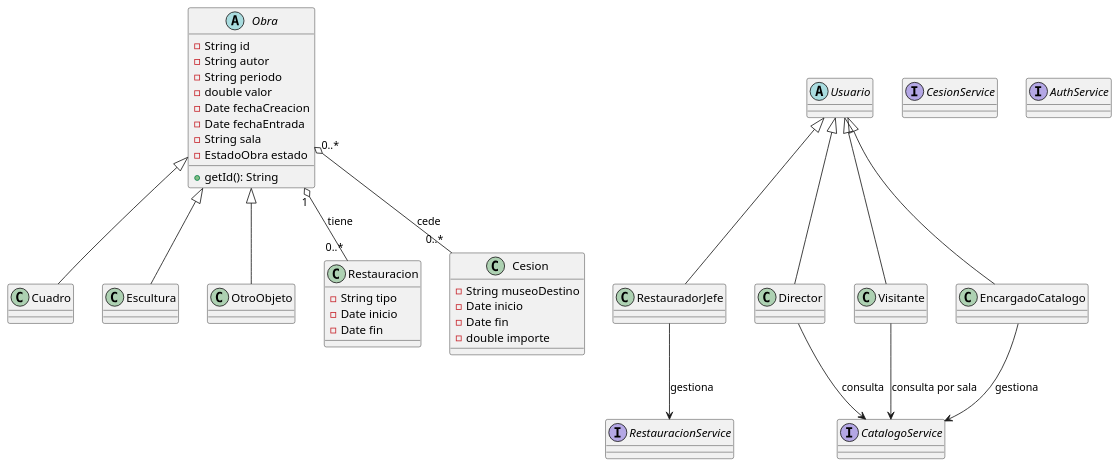
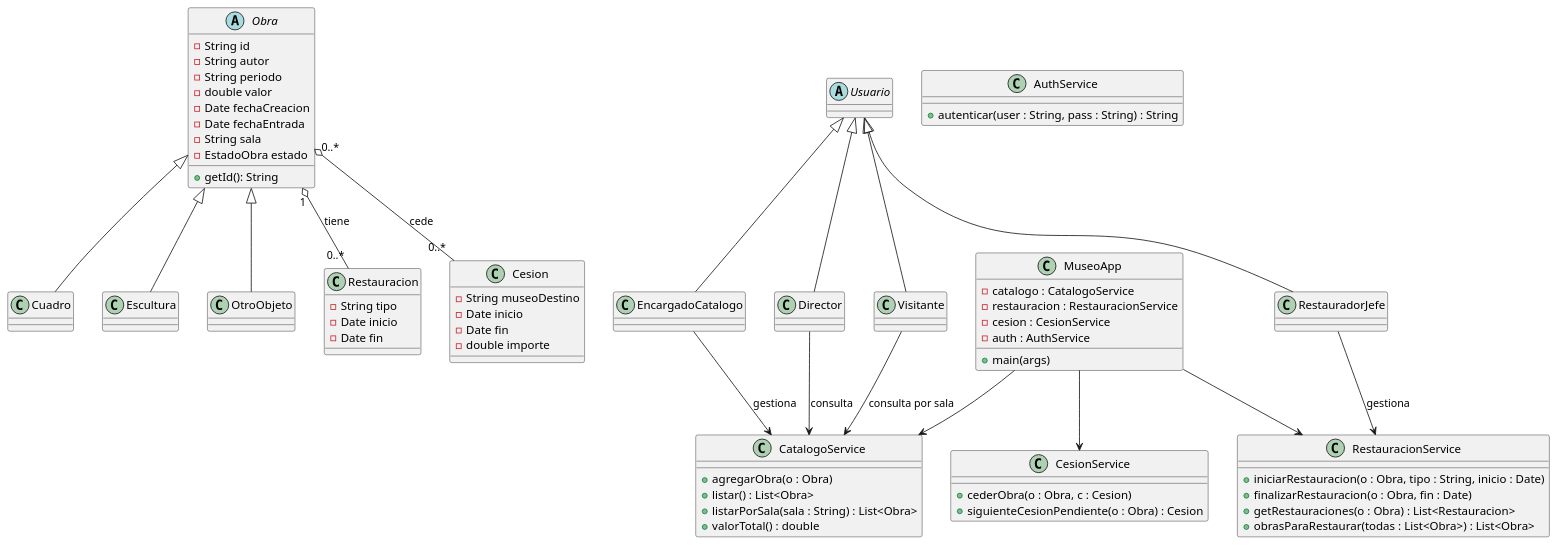
Before and after one commit to KisoKucode/Desarrollo_De_Clase: the diagram in develop_vo.2/proyecto/uml/museo.puml, drawn with PlantUML. The commit also changed 1 other file, not shown here.

Commit message:
docs(uml): update museum UML to reflect service methods and GUI (MuseoApp)

```diff
--- a/develop_vo.2/proyecto/uml/museo.puml
+++ b/develop_vo.2/proyecto/uml/museo.puml
@@ -1,56 +1,86 @@
 @startuml museo
 abstract class Obra {
   - String id
   - String autor
   - String periodo
   - double valor
   - Date fechaCreacion
   - Date fechaEntrada
   - String sala
   - EstadoObra estado
   + getId(): String
 }
 
 class Cuadro
 class Escultura
 class OtroObjeto
 Obra <|-- Cuadro
 Obra <|-- Escultura
 Obra <|-- OtroObjeto
 
 class Restauracion {
   - String tipo
   - Date inicio
   - Date fin
 }
 Obra "1" o-- "0..*" Restauracion : tiene
 
 class Cesion {
   - String museoDestino
   - Date inicio
   - Date fin
   - double importe
 }
 Obra "0..*" o-- "0..*" Cesion : cede
 
-interface CatalogoService
-interface RestauracionService
-interface CesionService
-interface AuthService
+class CatalogoService {
+  + agregarObra(o : Obra)
+  + listar() : List<Obra>
+  + listarPorSala(sala : String) : List<Obra>
+  + valorTotal() : double
+}
+
+class RestauracionService {
+  + iniciarRestauracion(o : Obra, tipo : String, inicio : Date)
+  + finalizarRestauracion(o : Obra, fin : Date)
+  + getRestauraciones(o : Obra) : List<Restauracion>
+  + obrasParaRestaurar(todas : List<Obra>) : List<Obra>
+}
+
+class CesionService {
+  + cederObra(o : Obra, c : Cesion)
+  + siguienteCesionPendiente(o : Obra) : Cesion
+}
+
+class AuthService {
+  + autenticar(user : String, pass : String) : String
+}
 
 abstract class Usuario
 class EncargadoCatalogo
 class RestauradorJefe
 class Director
 class Visitante
 Usuario <|-- EncargadoCatalogo
 Usuario <|-- RestauradorJefe
 Usuario <|-- Director
 Usuario <|-- Visitante
 
 Director --> CatalogoService : consulta
 EncargadoCatalogo --> CatalogoService : gestiona
 RestauradorJefe --> RestauracionService : gestiona
 Visitante --> CatalogoService : consulta por sala
 
+' GUI
+class MuseoApp {
+  + main(args)
+  - catalogo : CatalogoService
+  - restauracion : RestauracionService
+  - cesion : CesionService
+  - auth : AuthService
+}
+MuseoApp --> CatalogoService
+MuseoApp --> RestauracionService
+MuseoApp --> CesionService
+
 @enduml
```
